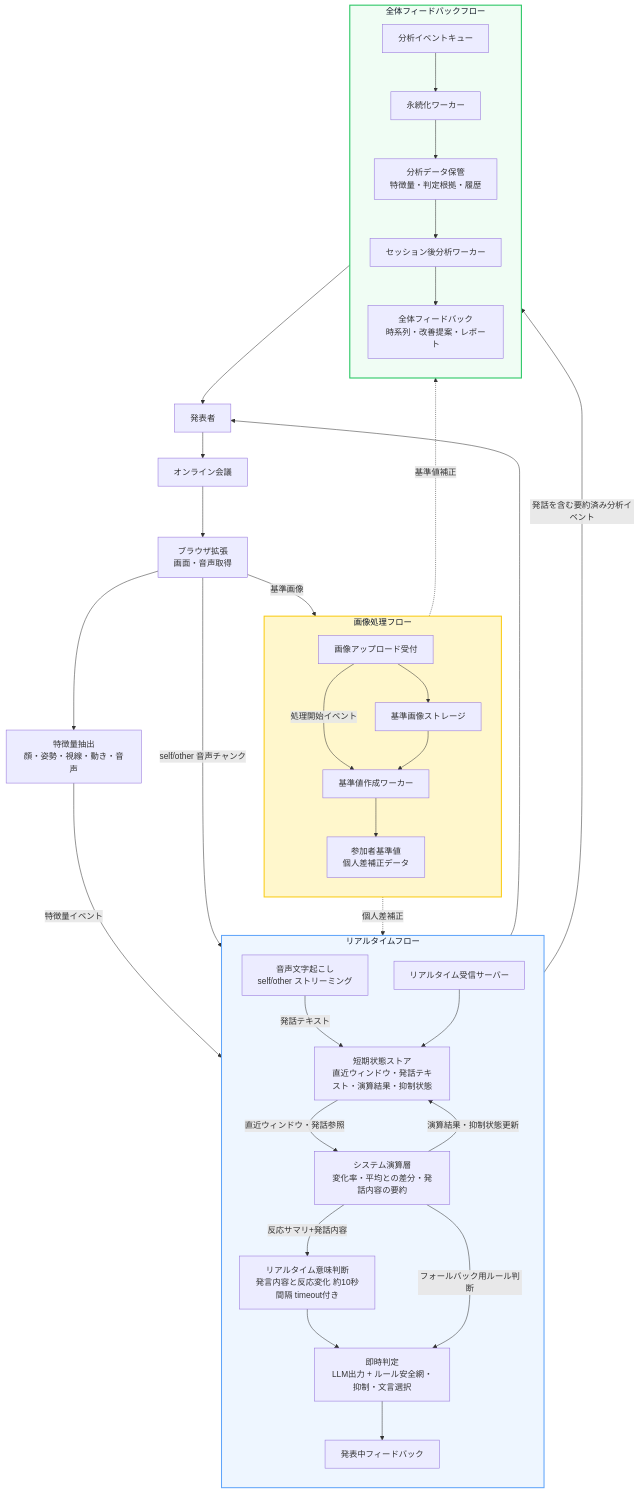
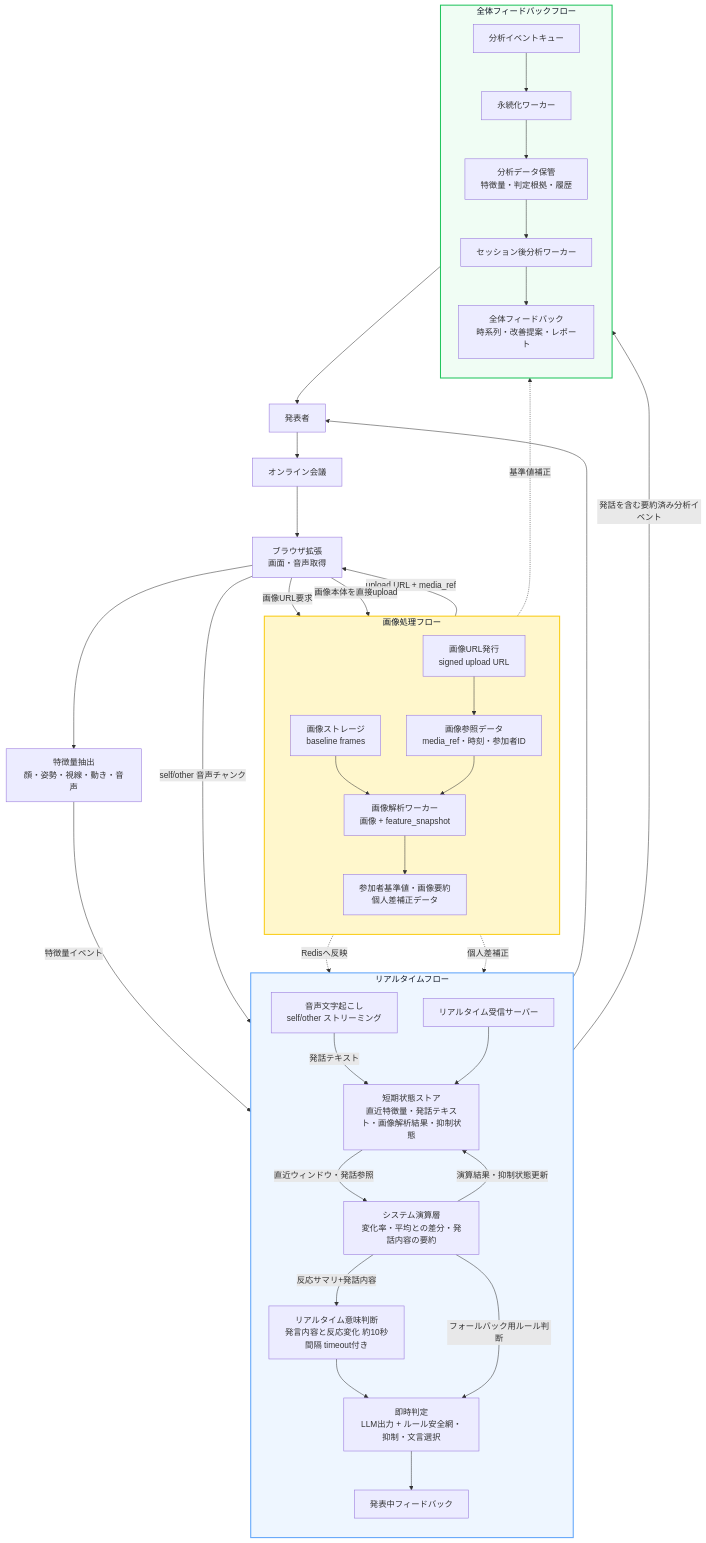
One commit to k-kanke/reaction-engine changed the second of 2 diagrams in architecture.md. Above: the diagram before and after it, drawn with Mermaid. The commit also changed other lines of this file, not shown here.

````diff
--- a/architecture.md
+++ b/architecture.md
@@ -130,70 +139,74 @@
 ```mermaid
 flowchart TB
   user["発表者"]
   meeting["オンライン会議"]
   extension["ブラウザ拡張<br/>画面・音声取得"]
   feature["特徴量抽出<br/>顔・姿勢・視線・動き・音声"]
 
   subgraph realtimeFlow["リアルタイムフロー"]
     direction TB
     realtimeServer["リアルタイム受信サーバー"]
     speechToText["音声文字起こし<br/>self/other ストリーミング"]
-    temporaryState["短期状態ストア<br/>直近ウィンドウ・発話テキスト・演算結果・抑制状態"]
+    temporaryState["短期状態ストア<br/>直近特徴量・発話テキスト・画像解析結果・抑制状態"]
     compute["システム演算層<br/>変化率・平均との差分・発話内容の要約"]
     realtimeReasoning["リアルタイム意味判断<br/>発言内容と反応変化 約10秒間隔 timeout付き"]
     realtimeDecision["即時判定<br/>LLM出力 + ルール安全網・抑制・文言選択"]
     presenterFeedback["発表中フィードバック"]
   end
 
   subgraph imageFlow["画像処理フロー"]
     direction TB
-    imageUpload["画像アップロード受付"]
-    imageStore["基準画像ストレージ"]
-    baselineWorker["基準値作成ワーカー"]
-    baselineData["参加者基準値<br/>個人差補正データ"]
+    uploadUrl["画像URL発行<br/>signed upload URL"]
+    imageStore["画像ストレージ<br/>baseline frames"]
+    mediaRefData["画像参照データ<br/>media_ref・時刻・参加者ID"]
+    imageWorker["画像解析ワーカー<br/>画像 + feature_snapshot"]
+    visualData["参加者基準値・画像要約<br/>個人差補正データ"]
   end
 
   subgraph overallFlow["全体フィードバックフロー"]
     direction TB
     eventQueue["分析イベントキュー"]
     durableWriter["永続化ワーカー"]
     durableStore["分析データ保管<br/>特徴量・判定根拠・履歴"]
     reportWorker["セッション後分析ワーカー"]
     report["全体フィードバック<br/>時系列・改善提案・レポート"]
   end
 
   user --> meeting
   meeting --> extension
   extension --> feature
 
   feature -->|特徴量イベント| realtimeServer
   extension -->|self/other 音声チャンク| speechToText
   speechToText -->|発話テキスト| temporaryState
   realtimeServer --> temporaryState
   temporaryState -->|直近ウィンドウ・発話参照| compute
   compute -->|演算結果・抑制状態更新| temporaryState
   compute -->|反応サマリ+発話内容| realtimeReasoning
   realtimeReasoning --> realtimeDecision
   compute -->|フォールバック用ルール判断| realtimeDecision
   realtimeDecision --> presenterFeedback
   presenterFeedback --> user
 
   compute -->|発話を含む要約済み分析イベント| eventQueue
   eventQueue --> durableWriter
   durableWriter --> durableStore
   durableStore --> reportWorker
   reportWorker --> report
   report --> user
 
-  extension -->|基準画像| imageUpload
-  imageUpload --> imageStore
-  imageUpload -->|処理開始イベント| baselineWorker
-  imageStore --> baselineWorker
-  baselineWorker --> baselineData
-  baselineData -.->|個人差補正| compute
-  baselineData -.->|基準値補正| reportWorker
+  extension -->|画像URL要求| uploadUrl
+  uploadUrl -->|upload URL + media_ref| extension
+  extension -->|画像本体を直接upload| imageStore
+  uploadUrl --> mediaRefData
+  imageStore --> imageWorker
+  mediaRefData --> imageWorker
+  imageWorker --> visualData
+  visualData -.->|Redisへ反映| temporaryState
+  visualData -.->|個人差補正| compute
+  visualData -.->|基準値補正| reportWorker
 
   style imageFlow fill:#fff7cc,stroke:#facc15,stroke-width:2px,color:#111827
   style realtimeFlow fill:#eef6ff,stroke:#60a5fa,stroke-width:2px,color:#111827
   style overallFlow fill:#f0fdf4,stroke:#22c55e,stroke-width:2px,color:#111827
 ```
````
